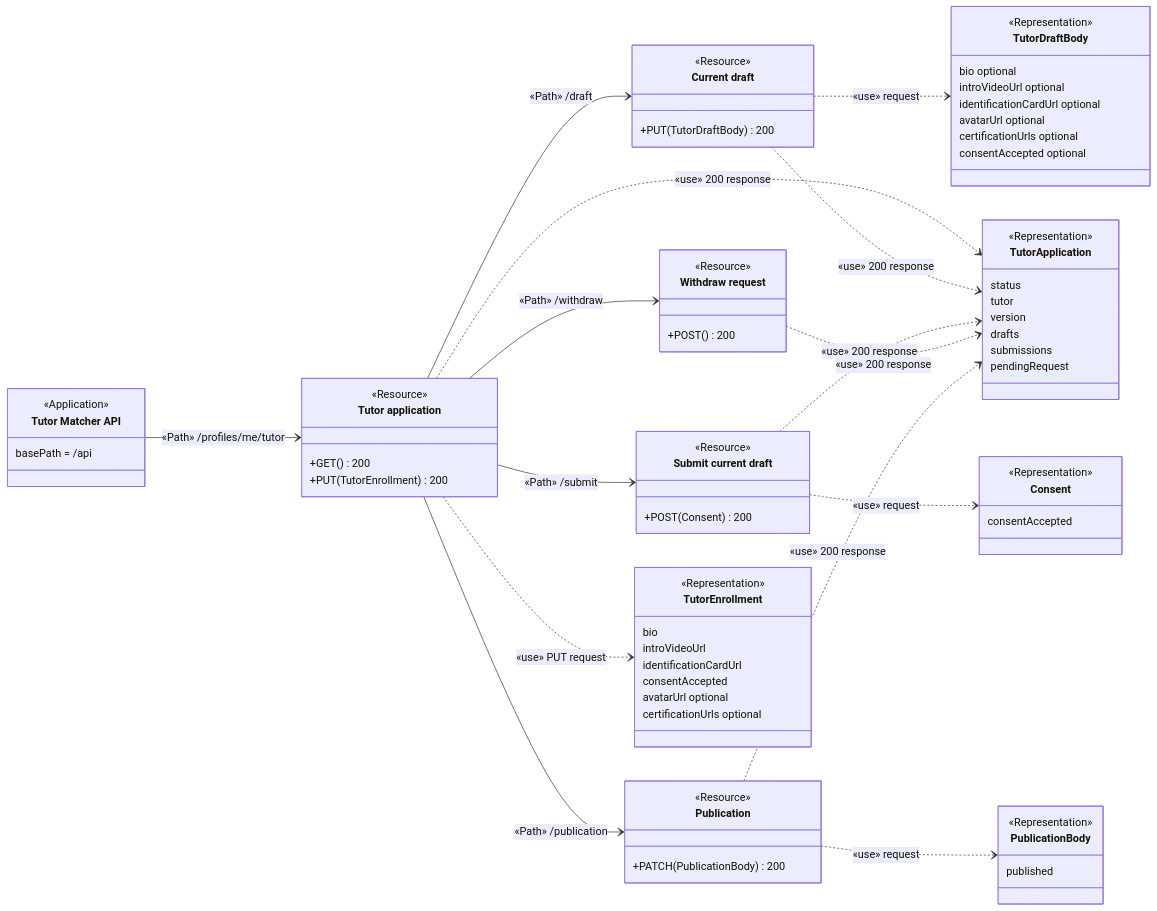
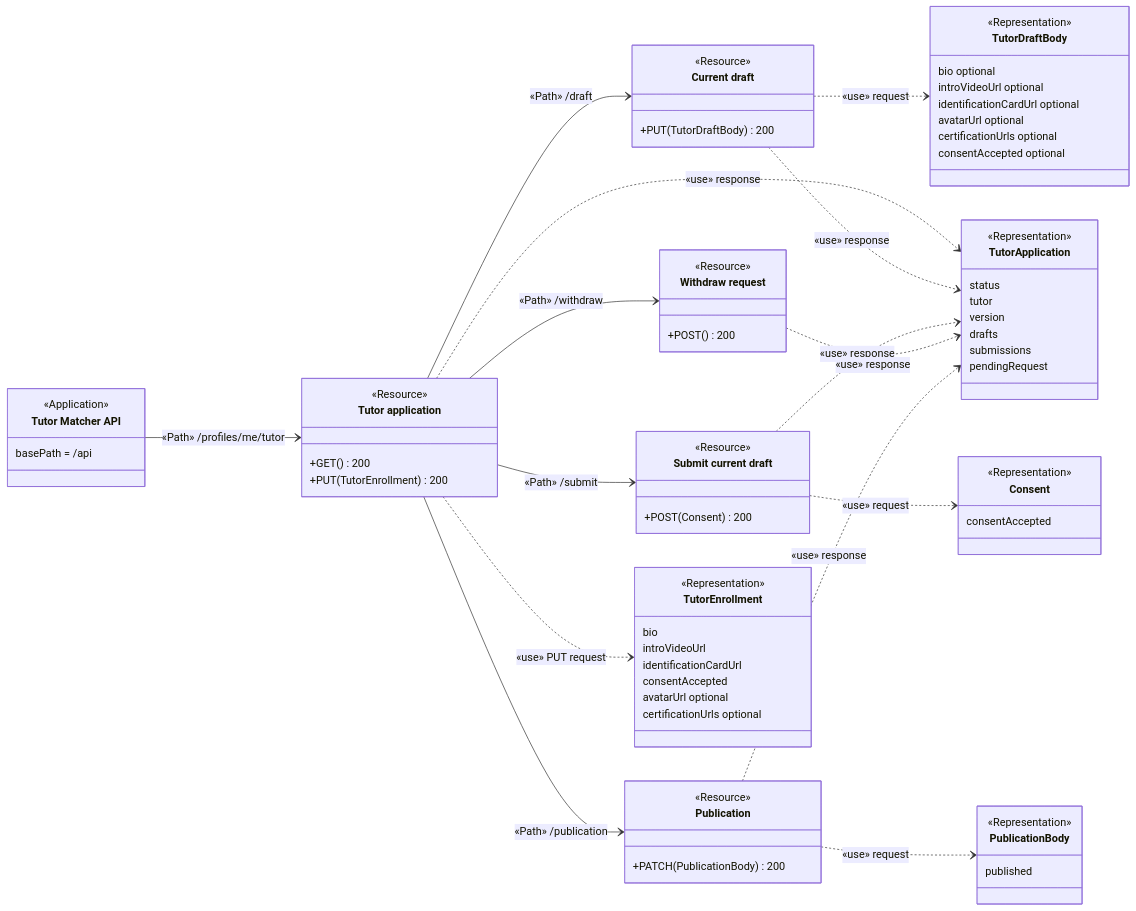
One commit to Azther0z/tutor-matcher changed the fourth of 15 diagrams in docs/api-diagram.md. Above: the diagram before and after it, drawn with Mermaid. The commit also changed other lines of this file, not shown here.

````diff
--- a/docs/api-diagram.md
+++ b/docs/api-diagram.md
@@ -273,78 +273,78 @@
 ```mermaid
 classDiagram
   direction LR
   class API["Tutor Matcher API"] {
     <<Application>>
     basePath = /api
   }
   class Tutor["Tutor application"] {
     <<Resource>>
     +GET() 200
     +PUT(TutorEnrollment) 200
   }
   class Draft["Current draft"] {
     <<Resource>>
     +PUT(TutorDraftBody) 200
   }
   class Submit["Submit current draft"] {
     <<Resource>>
     +POST(Consent) 200
   }
   class Withdraw["Withdraw request"] {
     <<Resource>>
     +POST() 200
   }
   class Publication["Publication"] {
     <<Resource>>
     +PATCH(PublicationBody) 200
   }
   class TutorEnrollment {
     <<Representation>>
     bio
     introVideoUrl
     identificationCardUrl
     consentAccepted
     avatarUrl optional
     certificationUrls optional
   }
   class TutorDraftBody {
     <<Representation>>
     bio optional
     introVideoUrl optional
     identificationCardUrl optional
     avatarUrl optional
     certificationUrls optional
     consentAccepted optional
   }
   class Consent {
     <<Representation>>
     consentAccepted
   }
   class PublicationBody {
     <<Representation>>
     published
   }
   class TutorApplication {
     <<Representation>>
     status
     tutor
     version
     drafts
     submissions
     pendingRequest
   }
   API --> Tutor : «Path» /profiles/me/tutor
   Tutor --> Draft : «Path» /draft
   Tutor --> Submit : «Path» /submit
   Tutor --> Withdraw : «Path» /withdraw
   Tutor --> Publication : «Path» /publication
   Tutor ..> TutorEnrollment : «use» PUT request
-  Tutor ..> TutorApplication : «use» 200 response
+  Tutor ..> TutorApplication : «use» response
   Draft ..> TutorDraftBody : «use» request
-  Draft ..> TutorApplication : «use» 200 response
+  Draft ..> TutorApplication : «use» response
   Submit ..> Consent : «use» request
-  Submit ..> TutorApplication : «use» 200 response
-  Withdraw ..> TutorApplication : «use» 200 response
+  Submit ..> TutorApplication : «use» response
+  Withdraw ..> TutorApplication : «use» response
   Publication ..> PublicationBody : «use» request
-  Publication ..> TutorApplication : «use» 200 response
+  Publication ..> TutorApplication : «use» response
 ```
````
